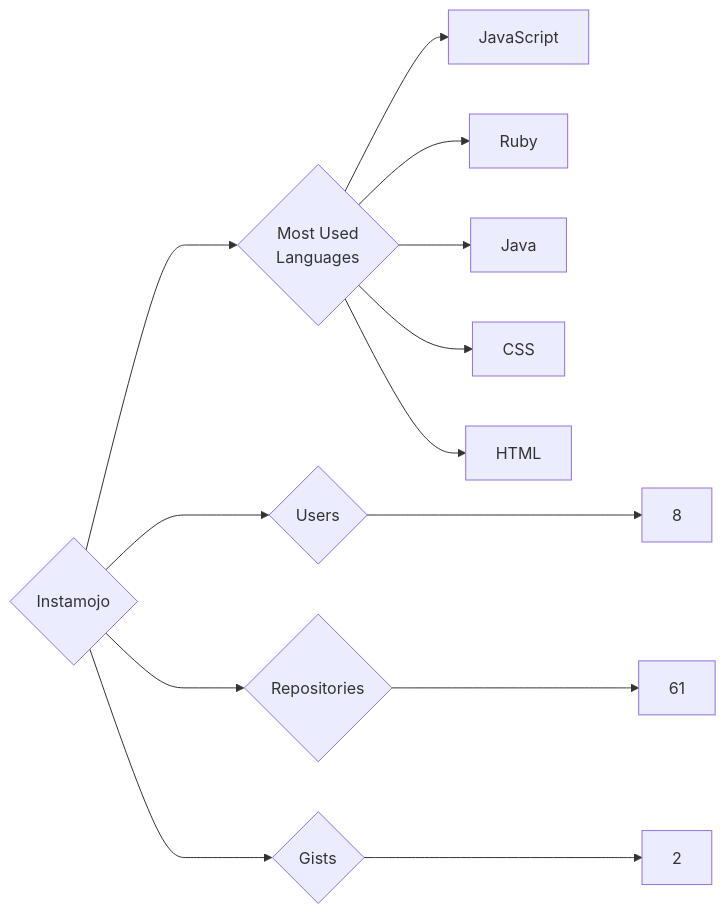
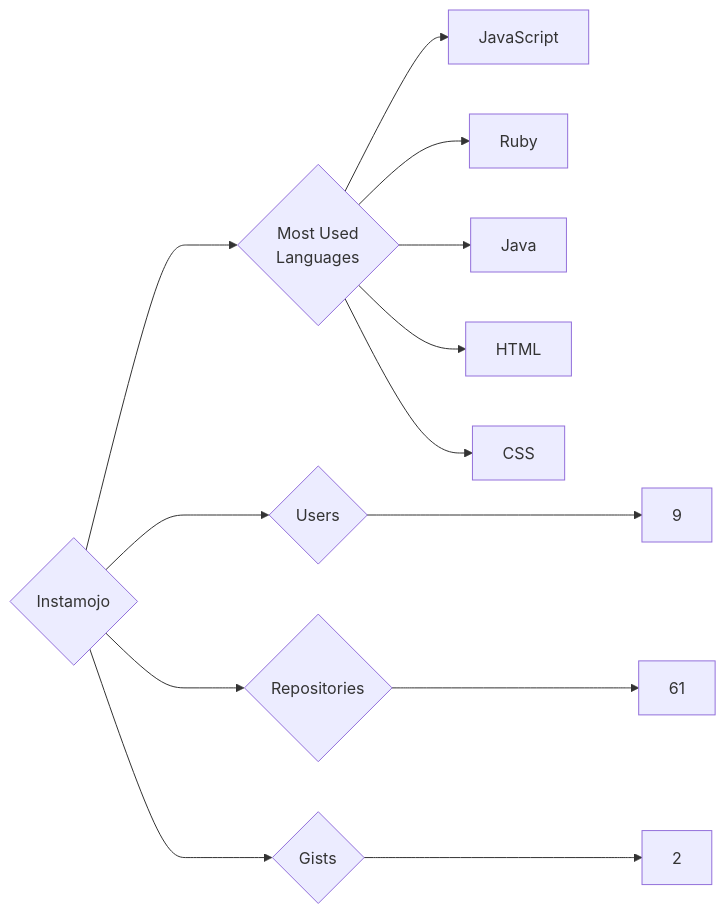
One commit to trickest/insiders changed the diagram in targets/Instamojo/README.md. Above: the diagram before and after it, drawn with Mermaid. The commit also changed 933 other files, not shown here.

````diff
--- a/targets/Instamojo/README.md
+++ b/targets/Instamojo/README.md
@@ -3,13 +3,13 @@
 ```mermaid
 graph LR
 COMPANY_NAME{Instamojo}
-COMPANY_NAME ---> U{Users} ---> UN[8]
+COMPANY_NAME ---> U{Users} ---> UN[9]
 COMPANY_NAME ---> R{Repositories} ---> RN[61]
 COMPANY_NAME ---> G{Gists} ---> GN[2]
 COMPANY_NAME ---> ML{Most Used<br>Languages}
 ML --> JavaScript[JavaScript]
 ML --> Ruby[Ruby]
 ML --> Java[Java]
+ML --> HTML[HTML]
 ML --> CSS[CSS]
-ML --> HTML[HTML]
 ```
````
